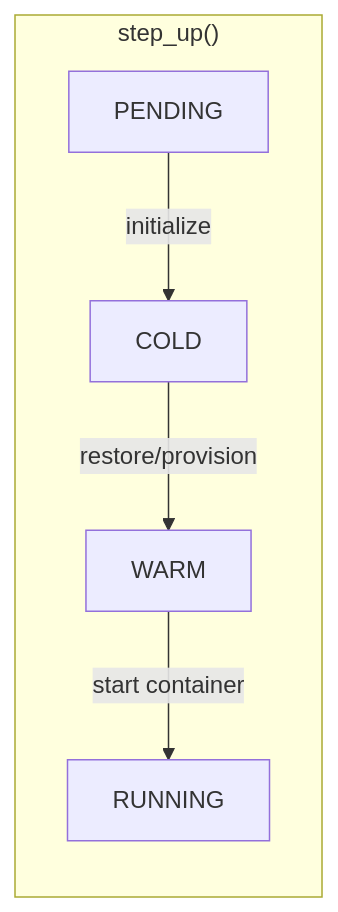
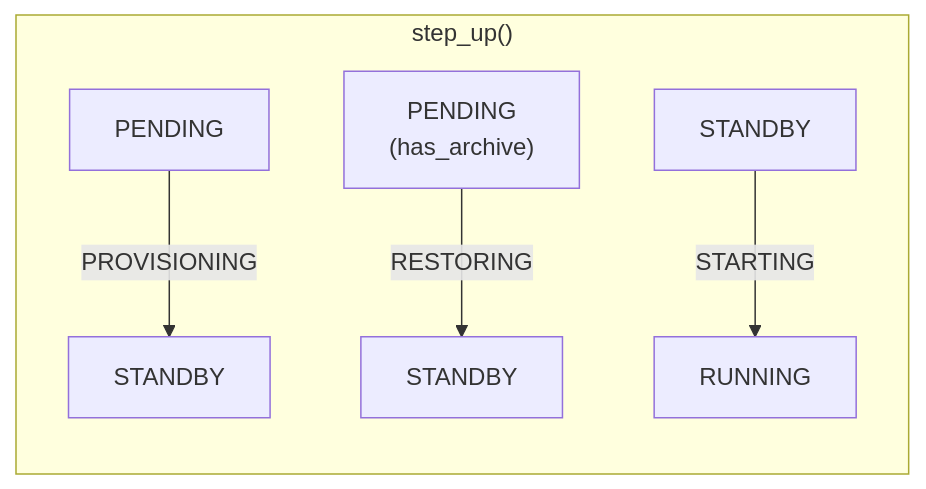
Before and after one commit to cagojeiger/code-hub: the fourth of 7 diagrams in docs/adr/008-ordered-state-machine.md, drawn with Mermaid. The commit also changed other lines of this file and 11 other files, not shown here.

````diff
--- a/docs/adr/008-ordered-state-machine.md
+++ b/docs/adr/008-ordered-state-machine.md
@@ -174,8 +220,8 @@
 ```mermaid
 flowchart LR
     subgraph "step_up()"
-        P[PENDING] -->|initialize| C[COLD]
-        C -->|restore/provision| W[WARM]
-        W -->|start container| R[RUNNING]
+        P[PENDING] -->|PROVISIONING| S[STANDBY]
+        P2["PENDING<br/>(has_archive)"] -->|RESTORING| S2[STANDBY]
+        S3[STANDBY] -->|STARTING| R[RUNNING]
     end
 ```
````
